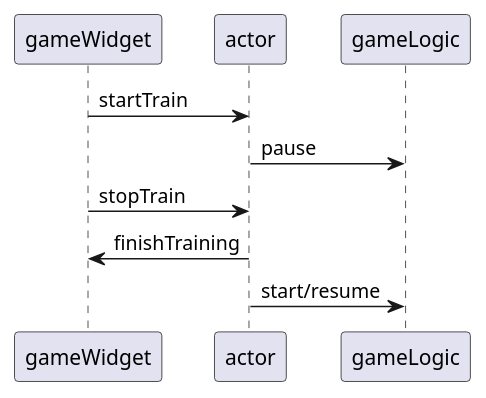
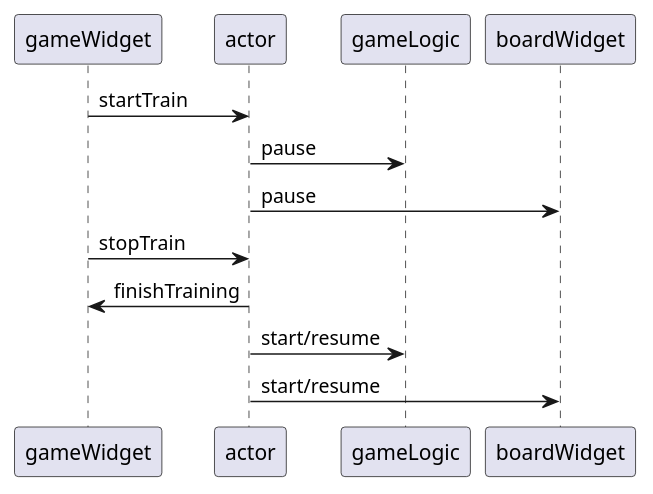
One commit to VaelK/snake changed the third of 4 diagrams in doc/sequence_diag.puml. Above: the diagram before and after it, drawn with PlantUML. The commit also changed other lines of this file and 2 other files, not shown here.

Commit message:
Feat - document added: sequence and class diagram

```diff
--- a/doc/sequence_diag.puml
+++ b/doc/sequence_diag.puml
@@ -20,7 +23,9 @@
 @startuml
 gameWidget -> actor :startTrain
 actor -> gameLogic :pause
+actor -> boardWidget :pause
 gameWidget -> actor :stopTrain
 actor -> gameWidget :finishTraining
 actor -> gameLogic : start/resume
+actor -> boardWidget : start/resume
 @enduml
```
